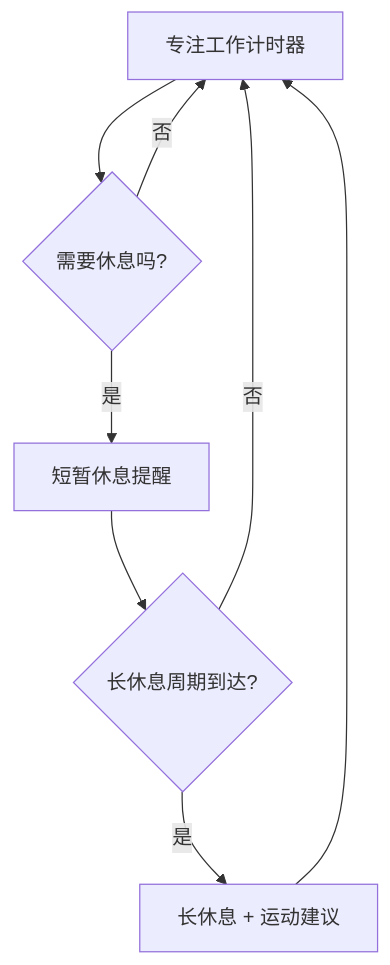
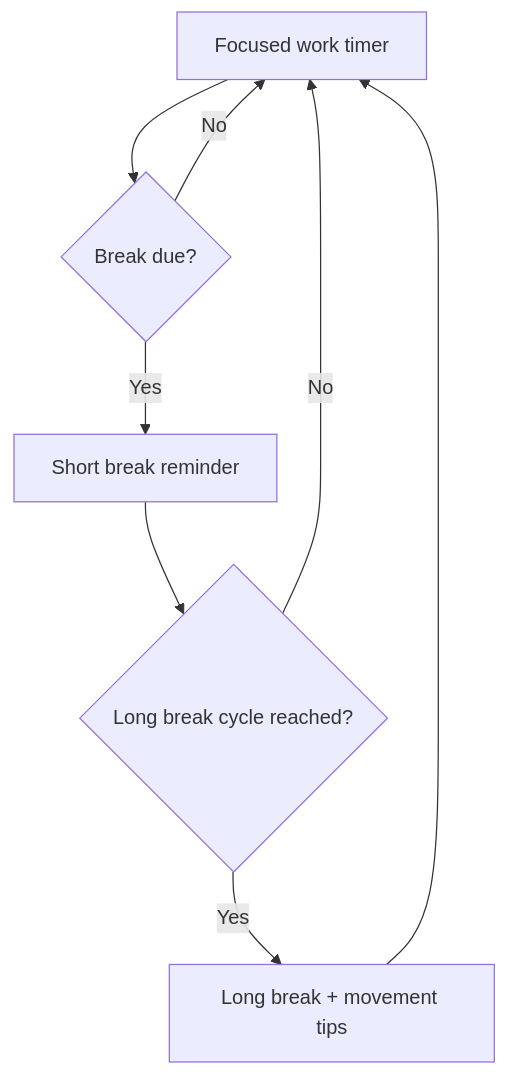
One commit to EdwinJia1/SafeEyes-mac- changed the diagram in README.md. Above: the diagram before and after it, drawn with Mermaid. The commit also changed other lines of this file and 1 other file, not shown here.

````diff
--- a/README.md
+++ b/README.md
@@ -14,10 +12,10 @@
 ```mermaid
 graph TD
-    A[专注工作计时器] --> B{需要休息吗?}
-    B -- 否 --> A
-    B -- 是 --> C[短暂休息提醒]
-    C --> D{长休息周期到达?}
-    D -- 否 --> A
-    D -- 是 --> E[长休息 + 运动建议]
+    A[Focused work timer] --> B{Break due?}
+    B -- No --> A
+    B -- Yes --> C[Short break reminder]
+    C --> D{Long break cycle reached?}
+    D -- No --> A
+    D -- Yes --> E[Long break + movement tips]
     E --> A
 ```
````
